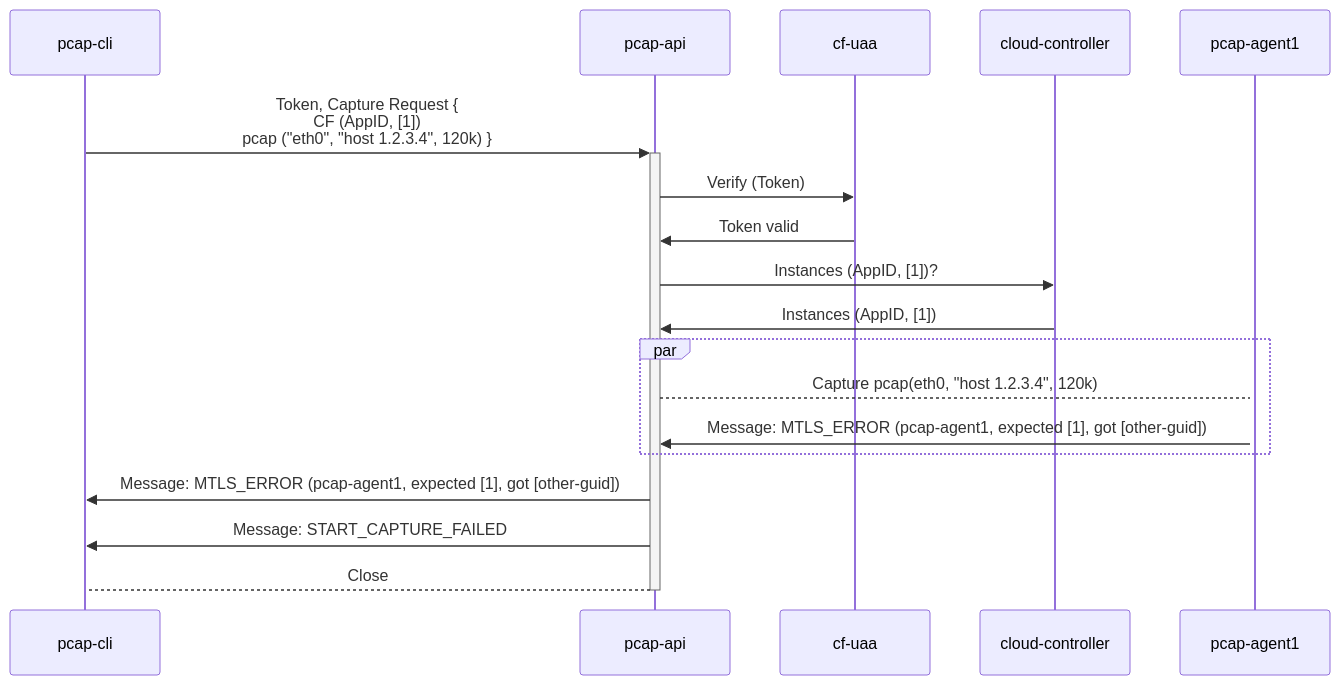
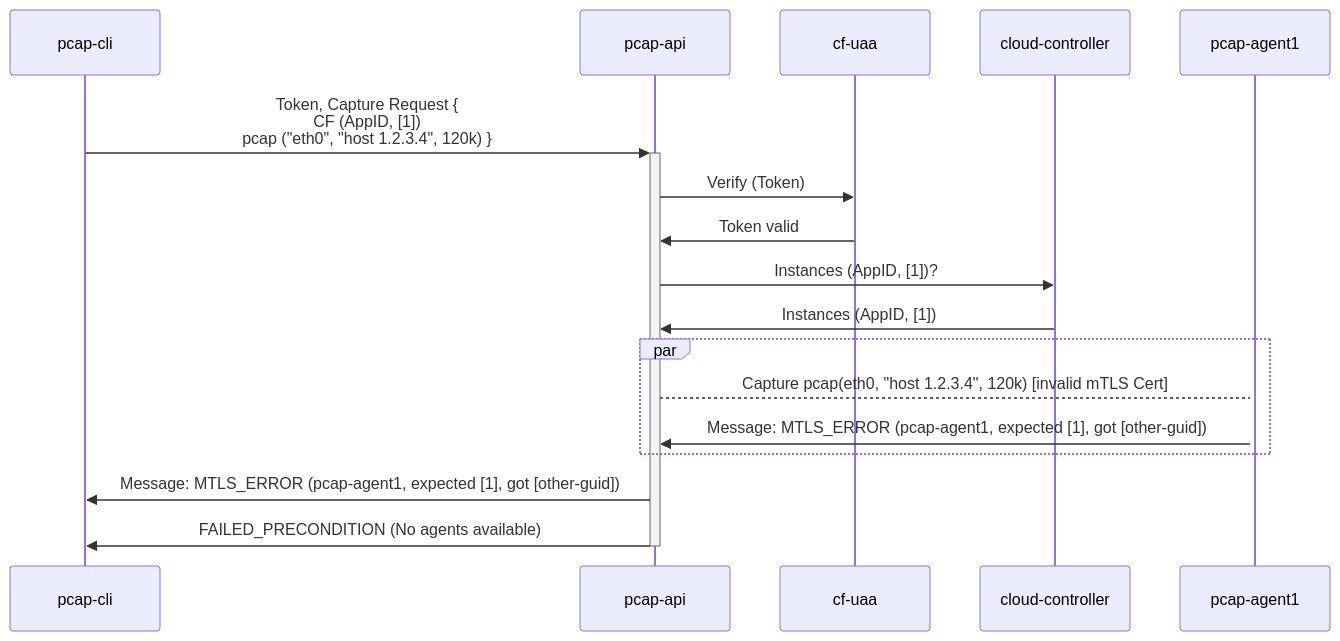
Before and after one commit to cloudfoundry/pcap-release: diagram 17 of 21 in docs/api-communication-spec.md, drawn with Mermaid. The commit also changed other lines of this file, not shown here.

Commit message:
docs(api): adapted all use cases to native gRPC status codes where applicable

````diff
--- a/docs/api-communication-spec.md
+++ b/docs/api-communication-spec.md
@@ -756,17 +747,16 @@
 ```mermaid
 sequenceDiagram
     pcap-cli ->>+ pcap-api: Token, Capture Request {<br/>CF (AppID, [1])<br/>pcap ("eth0", "host 1.2.3.4", 120k) }
     pcap-api ->> cf-uaa: Verify (Token)
     cf-uaa ->> pcap-api: Token valid
     pcap-api ->> cloud-controller: Instances (AppID, [1])?
     cloud-controller ->> pcap-api: Instances (AppID, [1])
     par
-        pcap-api -->+ pcap-agent1: Capture pcap(eth0, "host 1.2.3.4", 120k)
+        pcap-api -->+ pcap-agent1: Capture pcap(eth0, "host 1.2.3.4", 120k) [invalid mTLS Cert]
         pcap-agent1 ->> pcap-api: Message: MTLS_ERROR (pcap-agent1, expected [1], got [other-guid])
     end
 
     pcap-api ->> pcap-cli: Message: MTLS_ERROR (pcap-agent1, expected [1], got [other-guid])
     
-    pcap-api ->> pcap-cli: Message: START_CAPTURE_FAILED
-    pcap-api -->- pcap-cli: Close
+    pcap-api ->>- pcap-cli: FAILED_PRECONDITION (No agents available)
 ```
````
